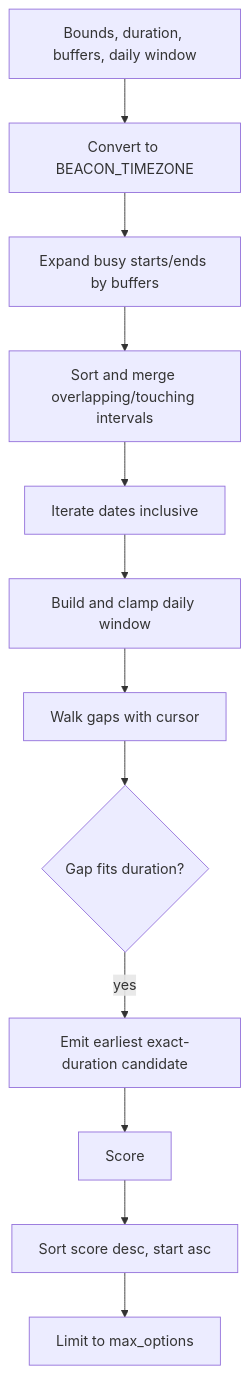
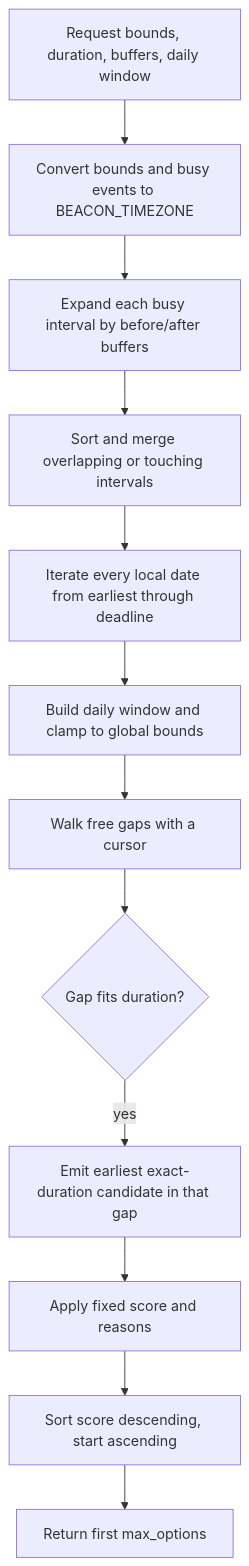
Before and after one commit to daviswmiller057/beacon-api: the diagram in docs/availability-engine.md, drawn with Mermaid. The commit also changed other lines of this file and 12 other files, not shown here.

````diff
--- a/docs/availability-engine.md
+++ b/docs/availability-engine.md
@@ -5,14 +11,14 @@
 ```mermaid
 flowchart TD
-    I["Bounds, duration, buffers, daily window"] --> TZ["Convert to BEACON_TIMEZONE"]
-    TZ --> B["Expand busy starts/ends by buffers"]
-    B --> M["Sort and merge overlapping/touching intervals"]
-    M --> D["Iterate dates inclusive"]
-    D --> W["Build and clamp daily window"]
-    W --> G["Walk gaps with cursor"]
+    I["Request bounds, duration, buffers, daily window"] --> TZ["Convert bounds and busy events to BEACON_TIMEZONE"]
+    TZ --> B["Expand each busy interval by before/after buffers"]
+    B --> M["Sort and merge overlapping or touching intervals"]
+    M --> D["Iterate every local date from earliest through deadline"]
+    D --> W["Build daily window and clamp to global bounds"]
+    W --> G["Walk free gaps with a cursor"]
     G --> F{"Gap fits duration?"}
-    F -->|"yes"| C["Emit earliest exact-duration candidate"]
-    C --> S["Score"]
-    S --> O["Sort score desc, start asc"]
-    O --> L["Limit to max_options"]
+    F -->|yes| C["Emit earliest exact-duration candidate in that gap"]
+    C --> S["Apply fixed score and reasons"]
+    S --> O["Sort score descending, start ascending"]
+    O --> L["Return first max_options"]
 ```
````
